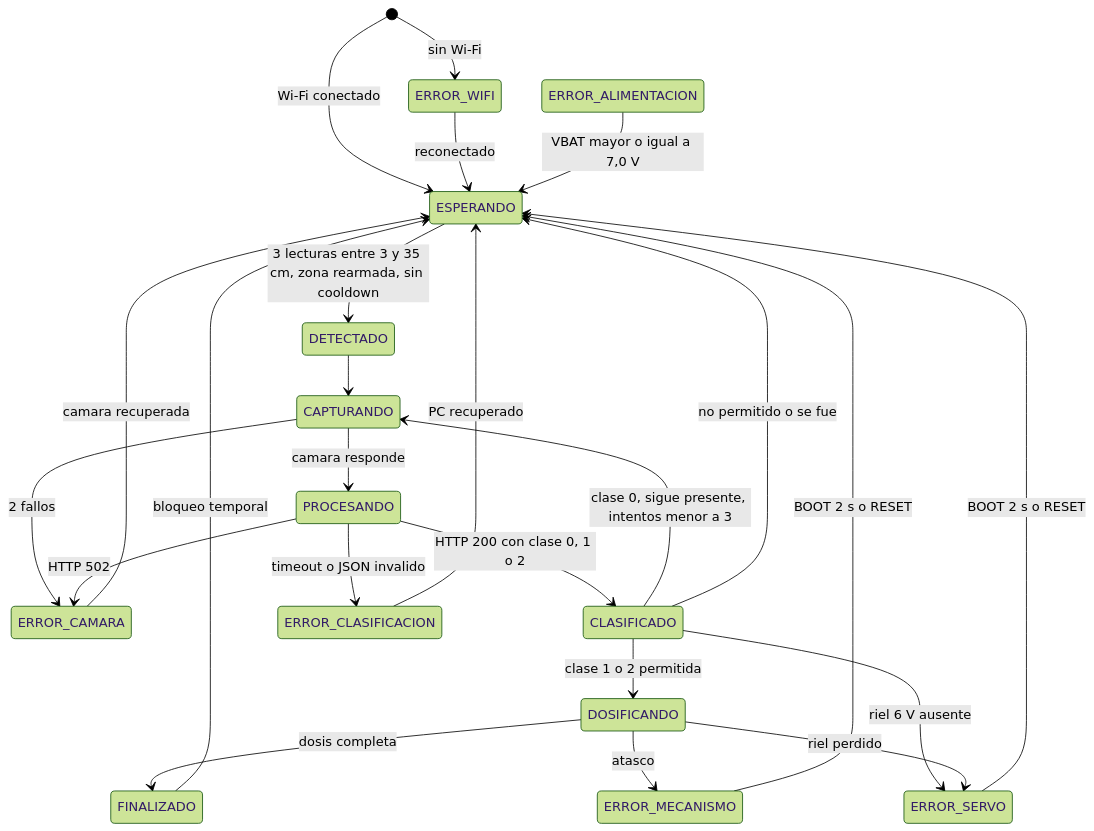
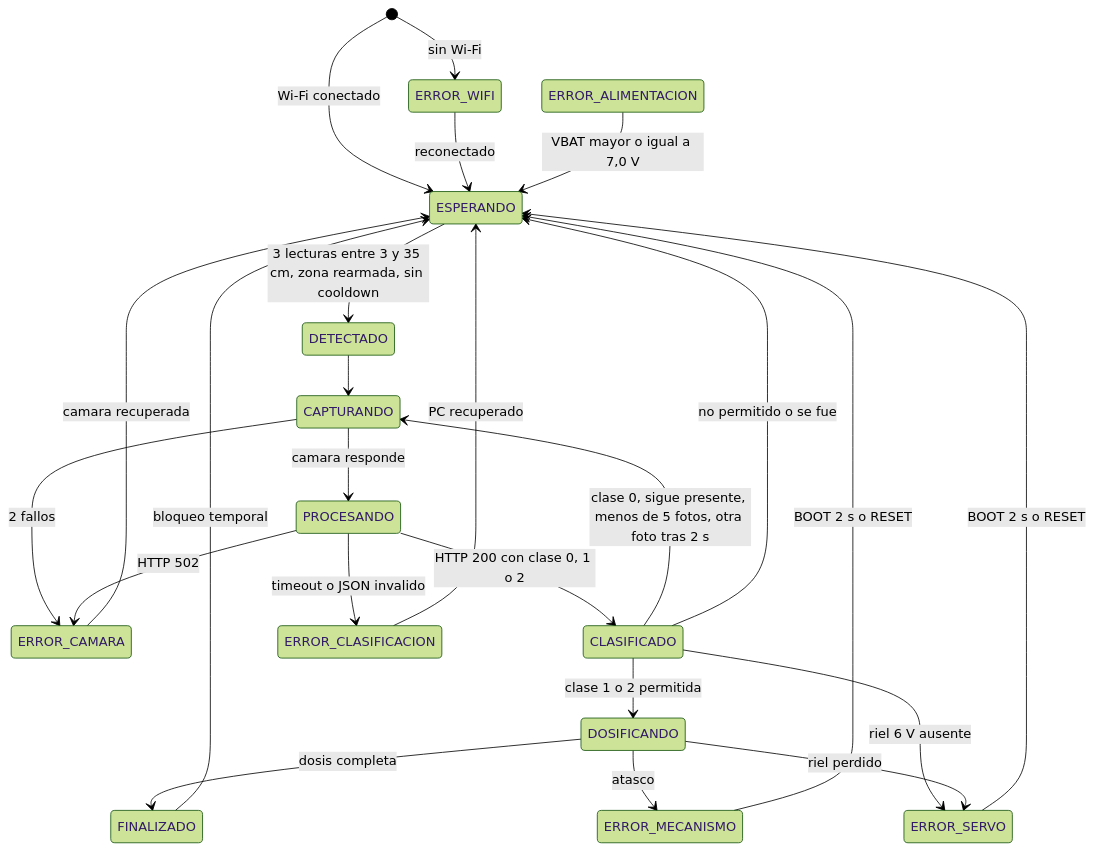
One commit to bryanramosing-ux/Proyecto-Dispensador-IOT changed the third of 3 diagrams in README.md. Above: the diagram before and after it, drawn with Mermaid (forest theme). The commit also changed other lines of this file and 13 other files, not shown here.

````diff
--- a/README.md
+++ b/README.md
@@ -823,26 +881,26 @@
 ```mermaid
 stateDiagram-v2
   [*] --> ESPERANDO: Wi-Fi conectado
   [*] --> ERROR_WIFI: sin Wi-Fi
   ESPERANDO --> DETECTADO: 3 lecturas entre 3 y 35 cm, zona rearmada, sin cooldown
   DETECTADO --> CAPTURANDO
   CAPTURANDO --> PROCESANDO: camara responde
   CAPTURANDO --> ERROR_CAMARA: 2 fallos
   PROCESANDO --> CLASIFICADO: HTTP 200 con clase 0, 1 o 2
   PROCESANDO --> ERROR_CAMARA: HTTP 502
   PROCESANDO --> ERROR_CLASIFICACION: timeout o JSON invalido
-  CLASIFICADO --> CAPTURANDO: clase 0, sigue presente, intentos menor a 3
+  CLASIFICADO --> CAPTURANDO: clase 0, sigue presente, menos de 5 fotos, otra foto tras 2 s
   CLASIFICADO --> ESPERANDO: no permitido o se fue
   CLASIFICADO --> DOSIFICANDO: clase 1 o 2 permitida
   CLASIFICADO --> ERROR_SERVO: riel 6 V ausente
   DOSIFICANDO --> FINALIZADO: dosis completa
   DOSIFICANDO --> ERROR_MECANISMO: atasco
   DOSIFICANDO --> ERROR_SERVO: riel perdido
   FINALIZADO --> ESPERANDO: bloqueo temporal
   ERROR_WIFI --> ESPERANDO: reconectado
   ERROR_CAMARA --> ESPERANDO: camara recuperada
   ERROR_CLASIFICACION --> ESPERANDO: PC recuperado
   ERROR_ALIMENTACION --> ESPERANDO: VBAT mayor o igual a 7,0 V
   ERROR_SERVO --> ESPERANDO: BOOT 2 s o RESET
   ERROR_MECANISMO --> ESPERANDO: BOOT 2 s o RESET
 ```
````
